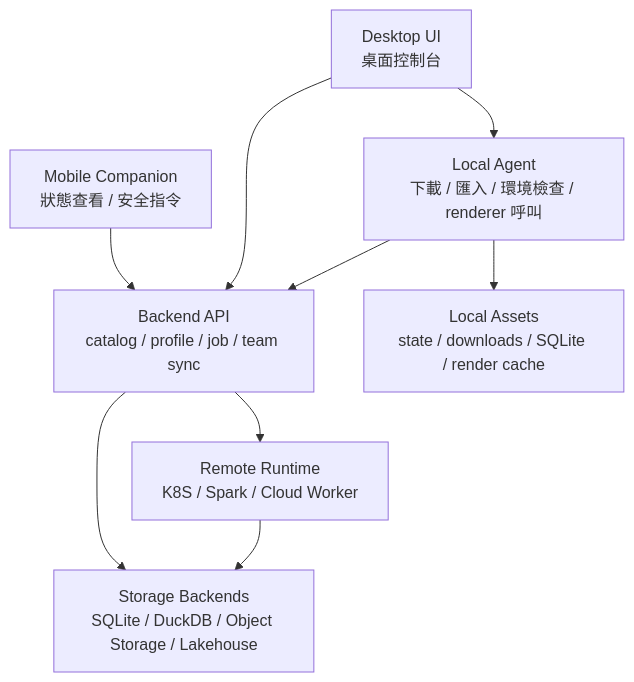
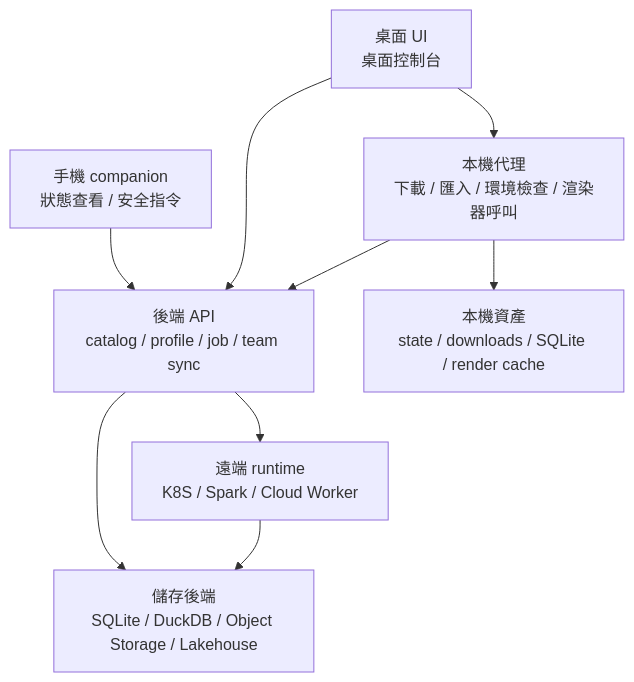
Before and after one commit to YanAnnLu/APIkeys_collection: the sixth of 6 diagrams in docs/DATA_ASSET_PLATFORM_CONCEPTS.zh-TW.md, drawn with Mermaid. The commit also changed other lines of this file and 17 other files, not shown here.

````diff
--- a/docs/DATA_ASSET_PLATFORM_CONCEPTS.zh-TW.md
+++ b/docs/DATA_ASSET_PLATFORM_CONCEPTS.zh-TW.md
@@ -702,11 +702,11 @@
 ```mermaid
 flowchart TB
-    UI[Desktop UI<br/>桌面控制台] --> Agent[Local Agent<br/>下載 / 匯入 / 環境檢查 / renderer 呼叫]
-    Mobile[Mobile Companion<br/>狀態查看 / 安全指令] --> API[Backend API<br/>catalog / profile / job / team sync]
+    UI[桌面 UI<br/>桌面控制台] --> Agent[本機代理<br/>下載 / 匯入 / 環境檢查 / 渲染器呼叫]
+    Mobile[手機 companion<br/>狀態查看 / 安全指令] --> API[後端 API<br/>catalog / profile / job / team sync]
     UI --> API
     Agent --> API
-    API --> Runtime[Remote Runtime<br/>K8S / Spark / Cloud Worker]
-    API --> Storage[Storage Backends<br/>SQLite / DuckDB / Object Storage / Lakehouse]
+    API --> Runtime[遠端 runtime<br/>K8S / Spark / Cloud Worker]
+    API --> Storage[儲存後端<br/>SQLite / DuckDB / Object Storage / Lakehouse]
     Runtime --> Storage
-    Agent --> Local[Local Assets<br/>state / downloads / SQLite / render cache]
+    Agent --> Local[本機資產<br/>state / downloads / SQLite / render cache]
 ```
````
